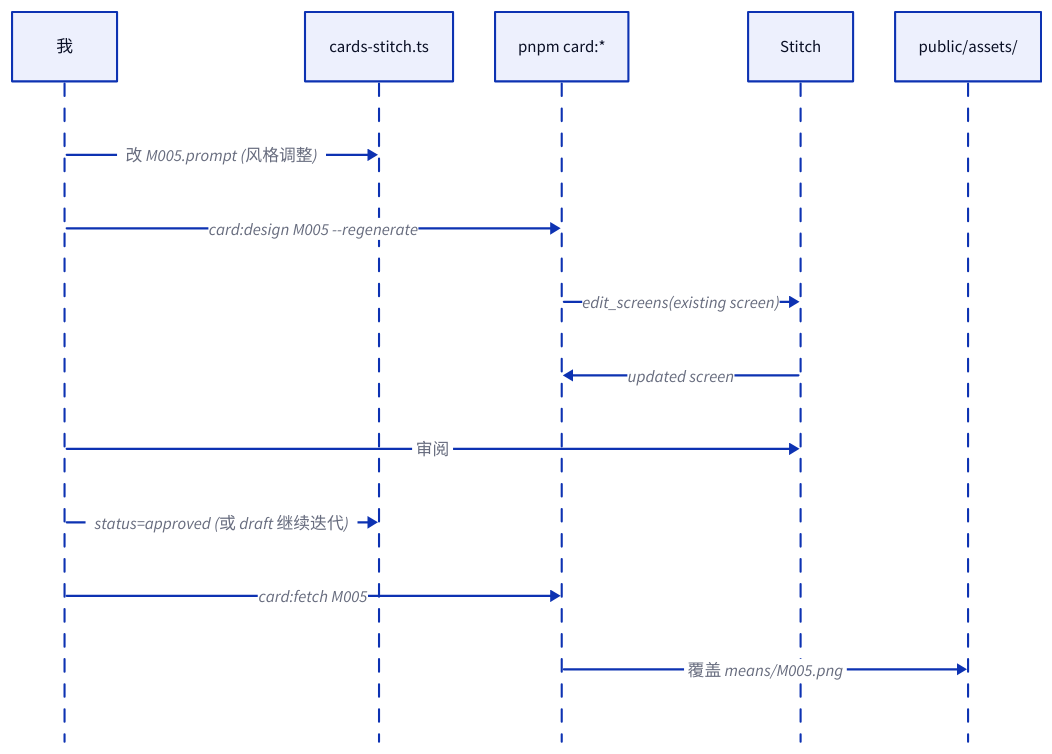
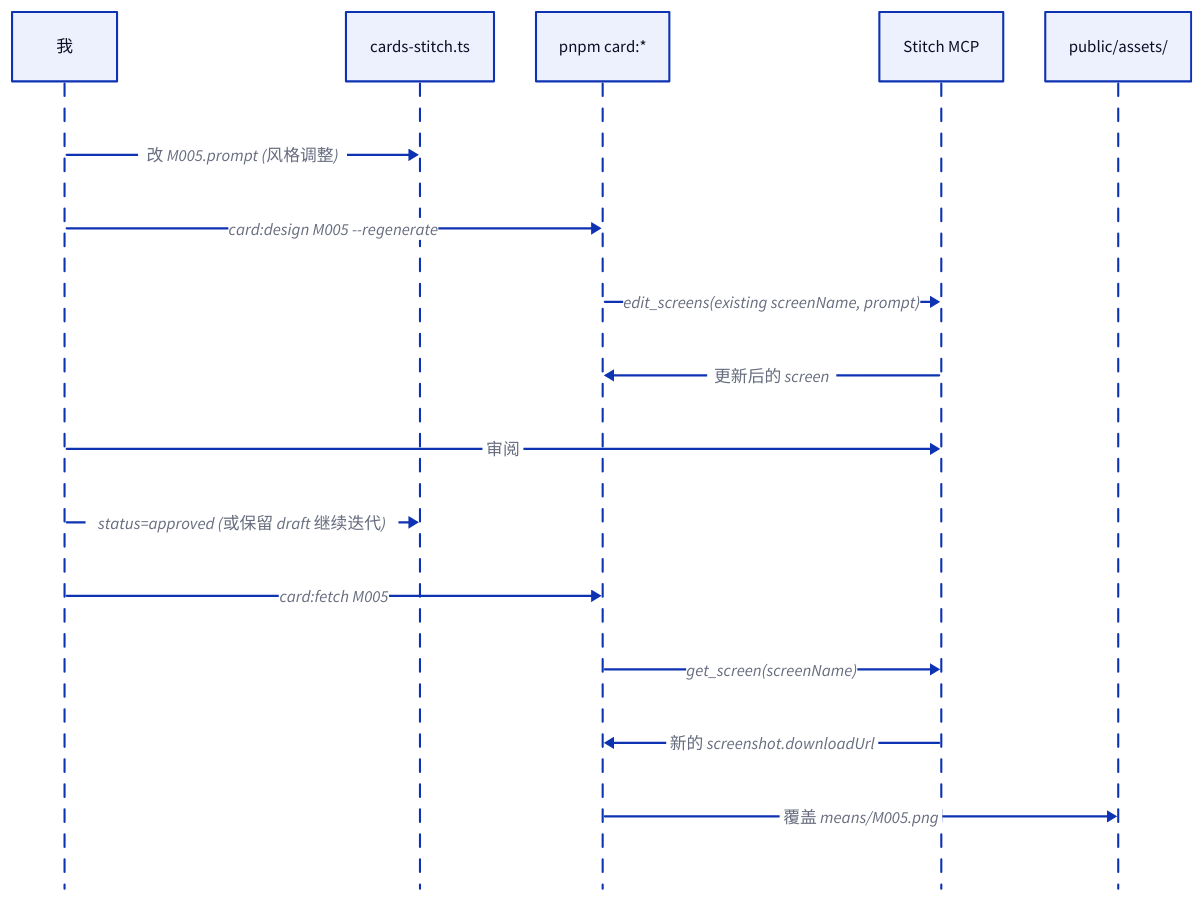
Before and after one commit to xbghc/crime-scene-investigation: the third of 3 diagrams in .claude/blog/20260423-stitch-card-workflow.md, drawn with D2. The commit also changed other lines of this file and 7 other files, not shown here.

First line of the commit message:
docs: revise card-workflow post — Stitch MCP does expose PNG export

````diff
--- a/.claude/blog/20260423-stitch-card-workflow.md
+++ b/.claude/blog/20260423-stitch-card-workflow.md
@@ -119,19 +137,21 @@
 ```d2
 # diagrams/stitch-card-workflow/flow-update.d2
 shape: sequence_diagram
 
 dev: 我
 design: cards-stitch.ts
 cli: pnpm card:*
-stitch: Stitch
+stitch: Stitch MCP
 assets: public/assets/
 
 dev -> design: 改 M005.prompt (风格调整)
 dev -> cli: card:design M005 --regenerate
-cli -> stitch: edit_screens(existing screen)
-stitch -> cli: updated screen
+cli -> stitch: edit_screens(existing screenName, prompt)
+stitch -> cli: 更新后的 screen
 dev -> stitch: 审阅
-dev -> design: status=approved (或 draft 继续迭代)
+dev -> design: status=approved (或保留 draft 继续迭代)
 dev -> cli: card:fetch M005
+cli -> stitch: get_screen(screenName)
+stitch -> cli: 新的 screenshot.downloadUrl
 cli -> assets: 覆盖 means/M005.png
 ```
````
